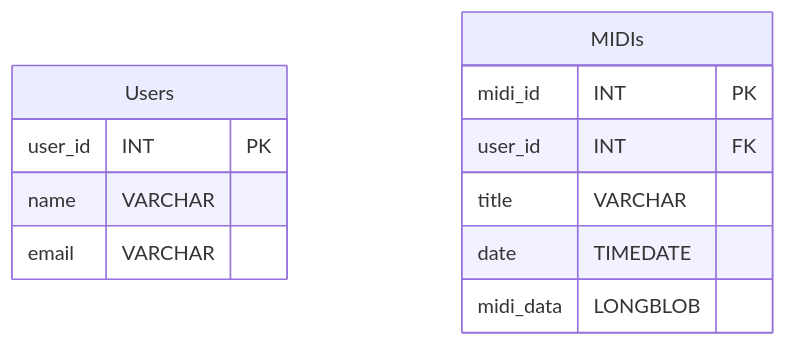
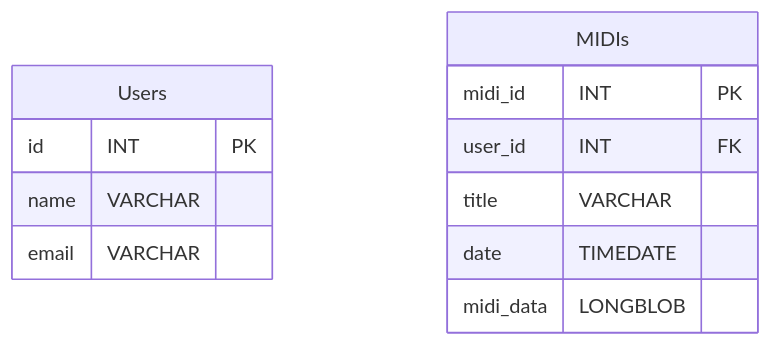
One commit to bengoh815/cs506-project changed the second of 6 diagrams in README.md. Above: the diagram before and after it, drawn with Mermaid. The commit also changed 1 other file, not shown here.

Commit message:
Updated DB Schema

````diff
--- a/README.md
+++ b/README.md
@@ -110,17 +110,17 @@
 ```mermaid
 erDiagram
     Users {
-        user_id INT PK
+        id INT PK
         name VARCHAR
         email VARCHAR
     }
 
     MIDIs {
         midi_id INT PK
         user_id INT FK
         title VARCHAR
         date TIMEDATE
         midi_data LONGBLOB
     }
 
 ```
````
